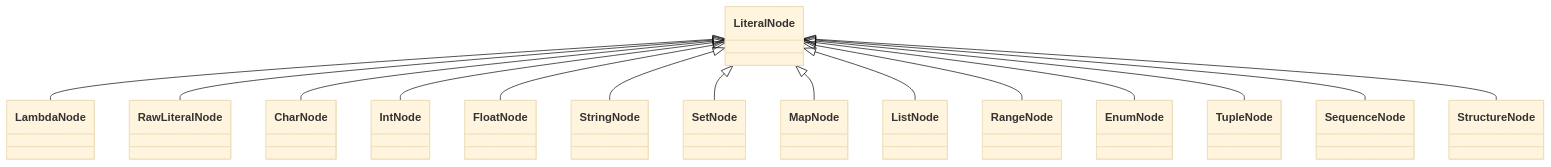
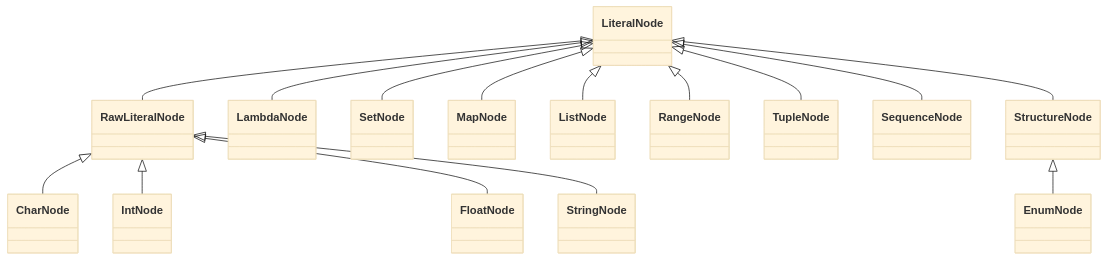
One commit to Jzhyang1/Monomer changed the third of 4 diagrams in Implementation.md. Above: the diagram before and after it, drawn with Mermaid (base theme). The commit also changed other lines of this file, not shown here.

Commit message:
Implementation.md updated from https://stackedit.io/

````diff
--- a/Implementation.md
+++ b/Implementation.md
@@ -132,17 +132,19 @@
 ```mermaid
 classDiagram
+LiteralNode <|-- RawLiteralNode
 LiteralNode <|-- LambdaNode
-LiteralNode <|-- RawLiteralNode
-LiteralNode <|-- CharNode
-LiteralNode <|-- IntNode
-LiteralNode <|-- FloatNode
-LiteralNode <|-- StringNode
 LiteralNode <|-- SetNode
 LiteralNode <|-- MapNode
 LiteralNode <|-- ListNode
 LiteralNode <|-- RangeNode
-LiteralNode <|-- EnumNode
 LiteralNode <|-- TupleNode
 LiteralNode <|-- SequenceNode
 LiteralNode <|-- StructureNode
+
+RawLiteralNode <|-- CharNode
+RawLiteralNode <|-- IntNode
+RawLiteralNode <|-- FloatNode
+RawLiteralNode <|-- StringNode
+
+StructureNode <|-- EnumNode
 ```
````
